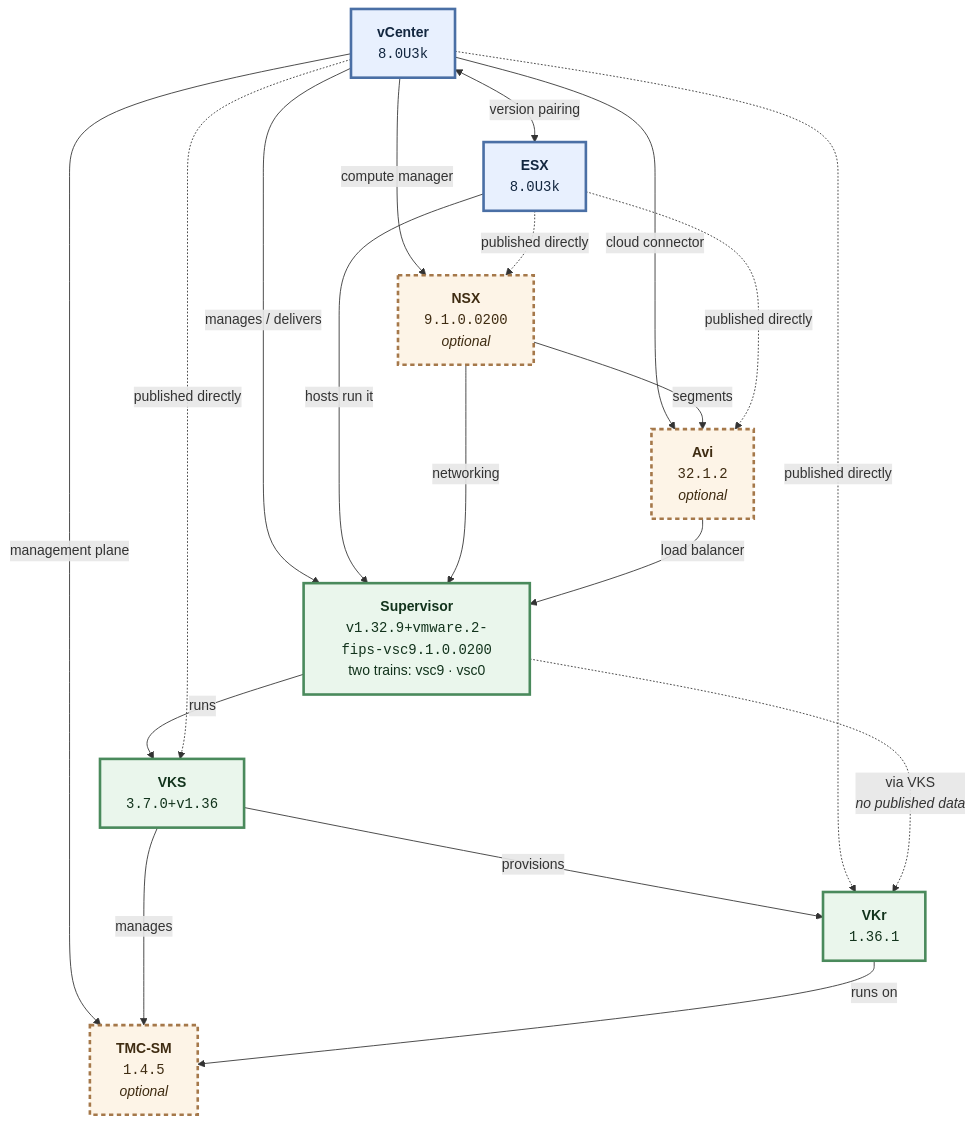
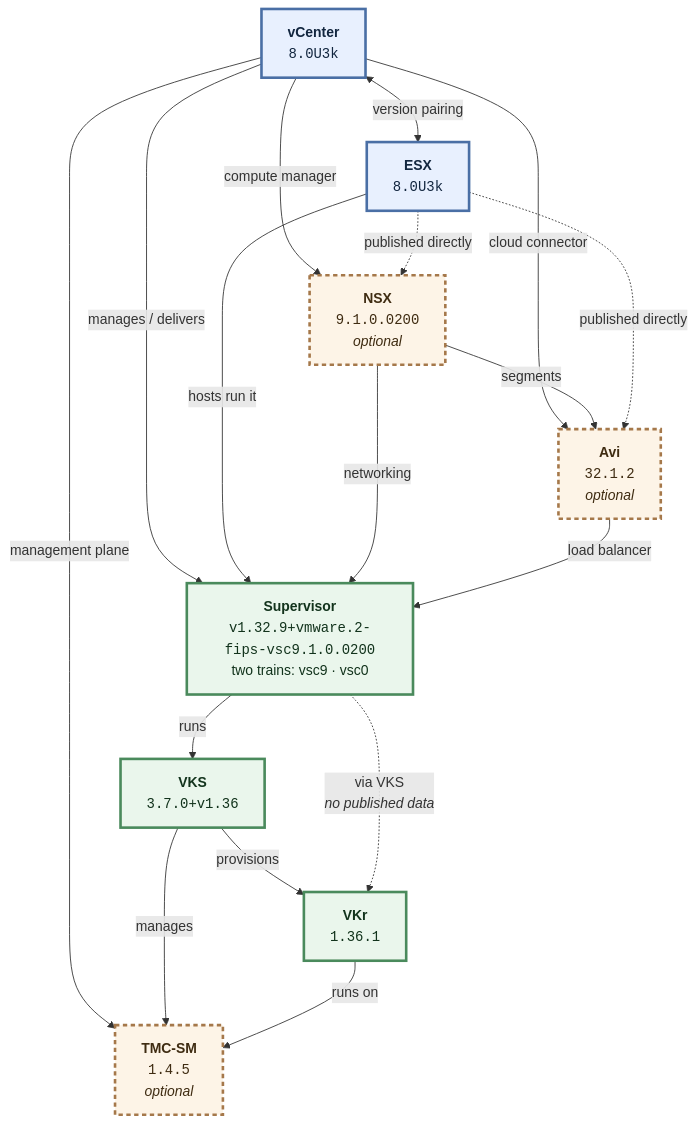
Before and after one commit to warroyo/vkstack: the diagram in docs/model.md, drawn with Mermaid. The commit also changed other lines of this file and 22 other files, not shown here.

First line of the commit message:
feat(model): stop reading the vCenter × VKS and vCenter × VKr pairs

````diff
--- a/docs/model.md
+++ b/docs/model.md
@@ -14,37 +14,35 @@
 ```mermaid
 flowchart TD
     VCENTER["<b>vCenter</b><br/><code>8.0U3k</code>"]
     ESX["<b>ESX</b><br/><code>8.0U3k</code>"]
     NSX["<b>NSX</b><br/><code>9.1.0.0200</code><br/><i>optional</i>"]
     AVI["<b>Avi</b><br/><code>32.1.2</code><br/><i>optional</i>"]
     SUPERVISOR["<b>Supervisor</b><br/><code>v1.32.9+vmware.2-fips-vsc9.1.0.0200</code><br/>two trains: vsc9 · vsc0"]
     VKS["<b>VKS</b><br/><code>3.7.0+v1.36</code>"]
     VKR["<b>VKr</b><br/><code>1.36.1</code>"]
     TMC["<b>TMC-SM</b><br/><code>1.4.5</code><br/><i>optional</i>"]
 
     VCENTER <-->|"version pairing"| ESX
     VCENTER -->|"manages / delivers"| SUPERVISOR
     ESX -->|"hosts run it"| SUPERVISOR
     SUPERVISOR -->|"runs"| VKS
     VKS -->|"provisions"| VKR
-    VCENTER -.->|"published directly"| VKS
-    VCENTER -.->|"published directly"| VKR
     SUPERVISOR -.->|"via VKS<br/><i>no published data</i>"| VKR
     VCENTER -->|"compute manager"| NSX
     ESX -.->|"published directly"| NSX
     NSX -->|"networking"| SUPERVISOR
     VCENTER -->|"cloud connector"| AVI
     NSX -->|"segments"| AVI
     AVI -->|"load balancer"| SUPERVISOR
     ESX -.->|"published directly"| AVI
     VCENTER -->|"management plane"| TMC
     VKS -->|"manages"| TMC
     VKR -->|"runs on"| TMC
 
     classDef base fill:#e8f0fe,stroke:#4a6fa5,stroke-width:3px,color:#12263f
     classDef k8s fill:#eaf6ec,stroke:#4a8a5c,stroke-width:3px,color:#12331c
     classDef optional fill:#fdf4e7,stroke:#a5784a,stroke-width:3px,stroke-dasharray:5 4,color:#3f2c12
     class VCENTER,ESX base
     class SUPERVISOR,VKS,VKR k8s
     class NSX,AVI,TMC optional
 ```
````
